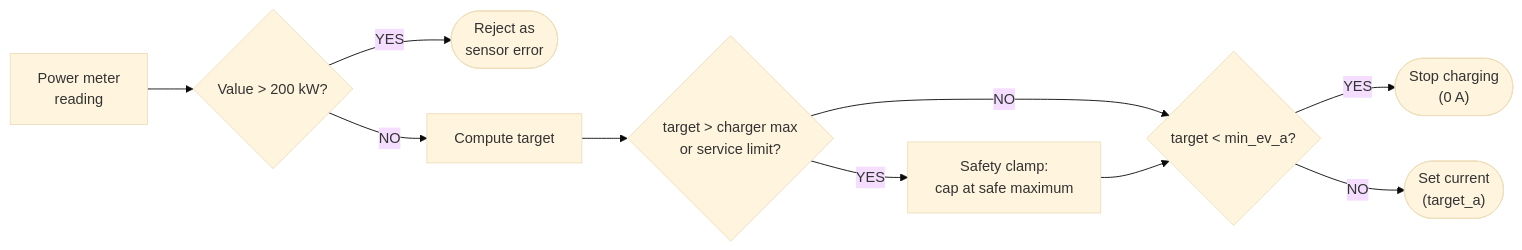
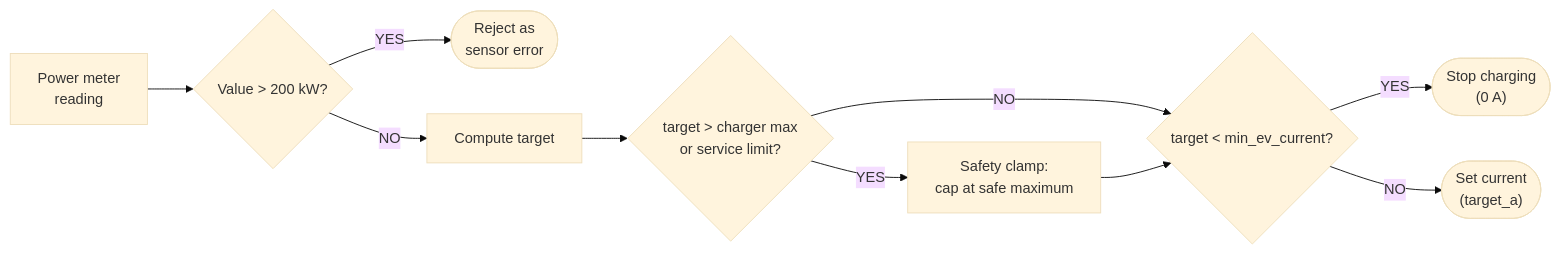
The seventh of 7 diagrams in docs/documentation/how-it-works.md (alexisml/ha-ev-charger-balancer), drawn with Mermaid (base theme) before and after one commit. The commit also changed other lines of this file and 5 other files, not shown here.

Commit message:
feat: clamp charger at min_ev_current when not charging, ramp up on start (#114)

````diff
--- a/docs/documentation/how-it-works.md
+++ b/docs/documentation/how-it-works.md
@@ -533,12 +586,12 @@
 ```mermaid
 flowchart LR
     A["Power meter<br/>reading"] --> B{"Value > 200 kW?"}
     B -- "YES" --> C(["Reject as<br/>sensor error"])
     B -- "NO" --> D["Compute target"]
     D --> E{"target > charger max<br/>or service limit?"}
     E -- "YES" --> F["Safety clamp:<br/>cap at safe maximum"]
-    E -- "NO" --> G{"target < min_ev_a?"}
+    E -- "NO" --> G{"target < min_ev_current?"}
     F --> G
     G -- "YES" --> H(["Stop charging<br/>(0 A)"])
     G -- "NO" --> I(["Set current<br/>(target_a)"])
 ```
````
